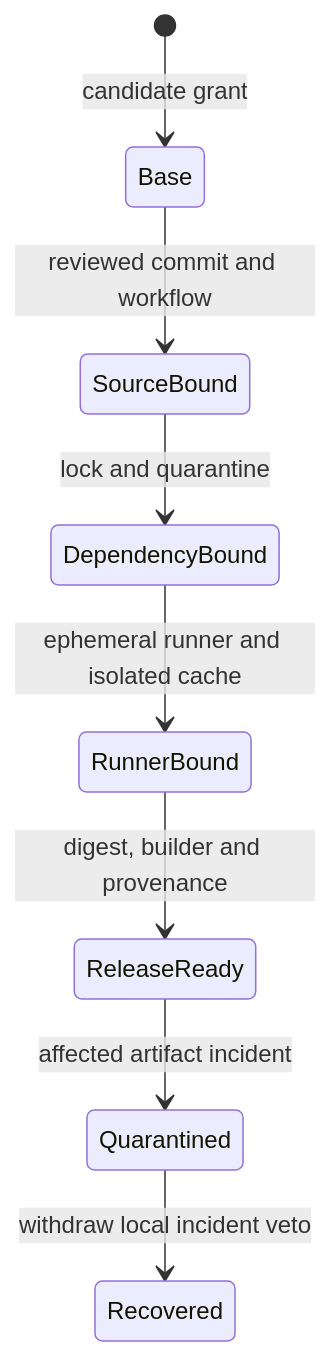
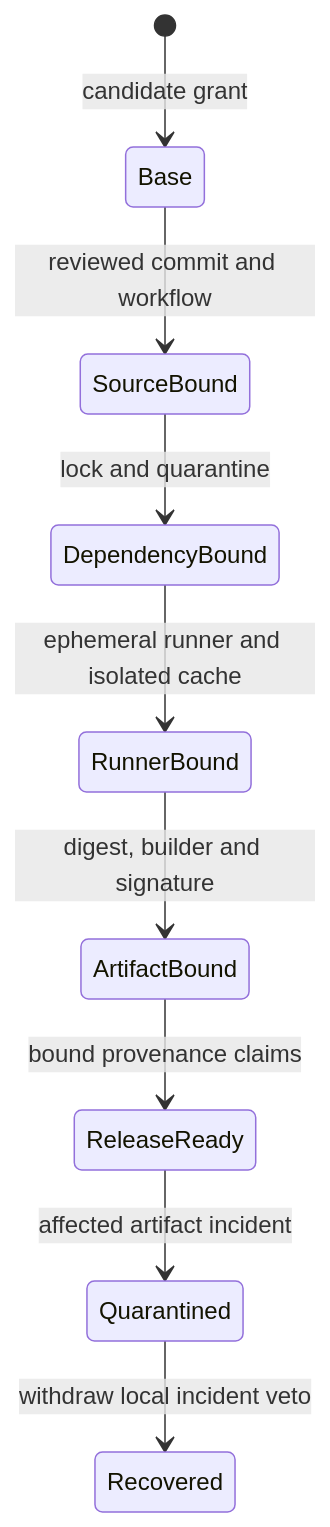
Before and after one commit to tao3k/cedar-poo-spec: the diagram in Examples/Cloud/Pipeline/README.org, drawn with Mermaid. The commit also changed other lines of this file and 19 other files, not shown here.

```diff
--- a/Examples/Cloud/Pipeline/README.org
+++ b/Examples/Cloud/Pipeline/README.org
@@ -18,10 +18,11 @@
 #+begin_src mermaid
 stateDiagram-v2
   [*] --> Base: candidate grant
   Base --> SourceBound: reviewed commit and workflow
   SourceBound --> DependencyBound: lock and quarantine
   DependencyBound --> RunnerBound: ephemeral runner and isolated cache
-  RunnerBound --> ReleaseReady: digest, builder and provenance
+  RunnerBound --> ArtifactBound: digest, builder and signature
+  ArtifactBound --> ReleaseReady: bound provenance claims
   ReleaseReady --> Quarantined: affected artifact incident
   Quarantined --> Recovered: withdraw local incident veto
 #+end_src
```
